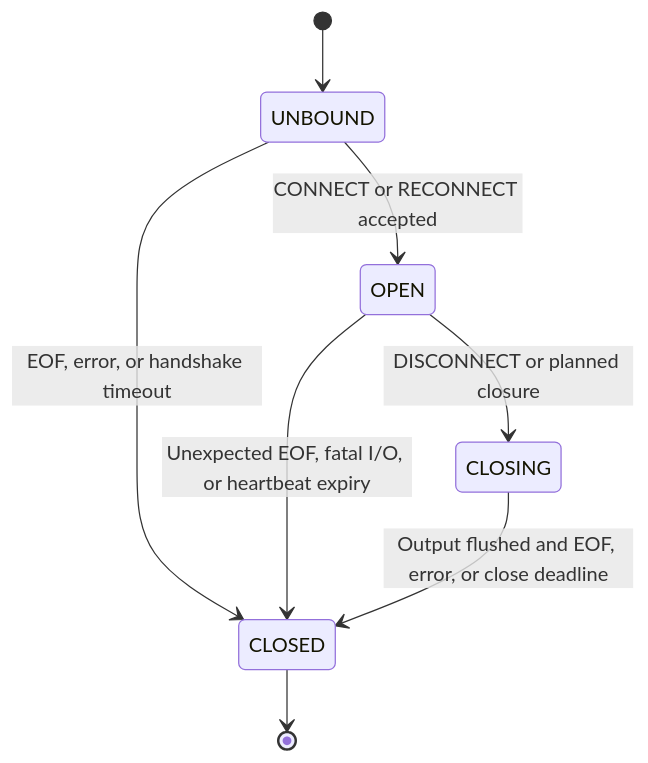
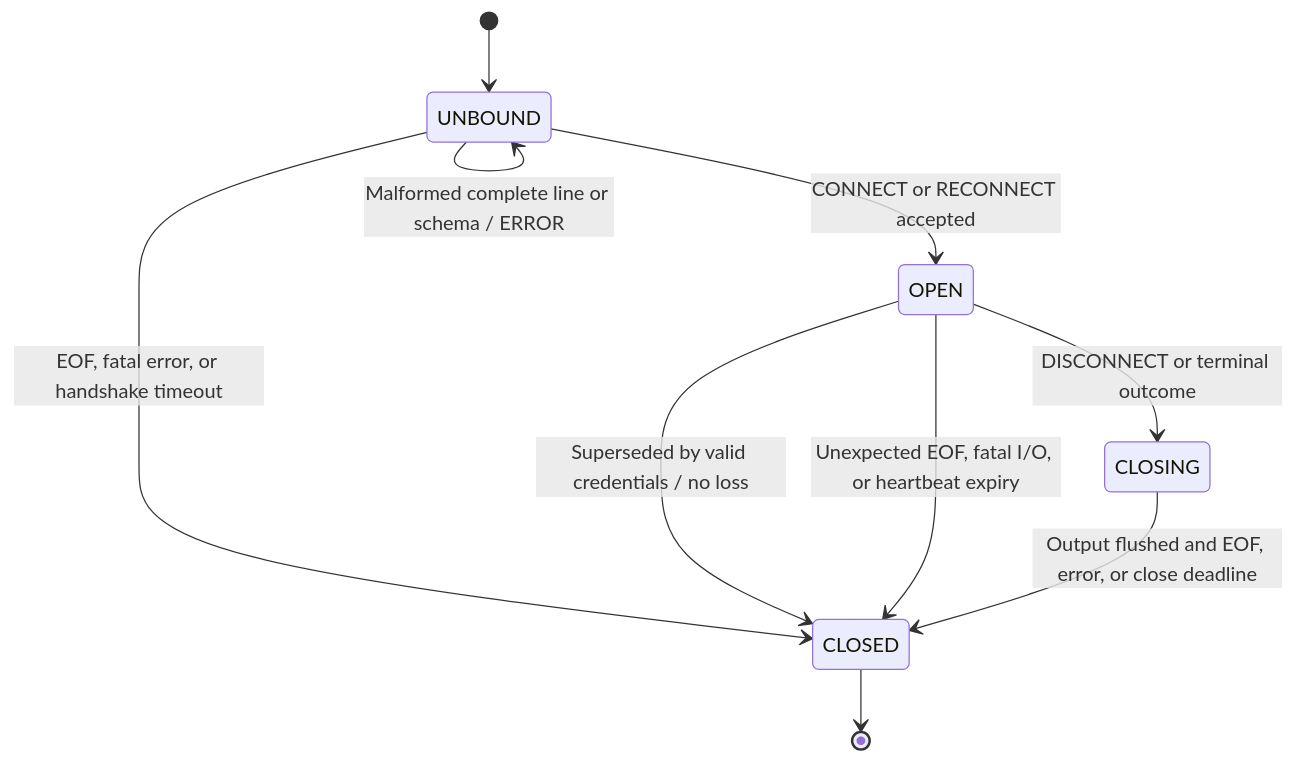
The fourth of 4 diagrams in fsm_specification.md (cobaltstag/Term-Project), drawn with Mermaid before and after one commit. The commit also changed other lines of this file and 3 other files, not shown here.

Commit message:
Align Sprint 1 diagrams, protocol decisions, and AI prompt documentation with rubric

````diff
--- a/fsm_specification.md
+++ b/fsm_specification.md
@@ -141,11 +175,13 @@
 ```mermaid
 stateDiagram-v2
     direction TB
     [*] --> UNBOUND
+    UNBOUND --> UNBOUND: Malformed complete line or schema / ERROR
     UNBOUND --> OPEN: CONNECT or RECONNECT accepted
-    UNBOUND --> CLOSED: EOF, error, or handshake timeout
-    OPEN --> CLOSING: DISCONNECT or planned closure
+    UNBOUND --> CLOSED: EOF, fatal error, or handshake timeout
+    OPEN --> CLOSING: DISCONNECT or terminal outcome
+    OPEN --> CLOSED: Superseded by valid credentials / no loss
     OPEN --> CLOSED: Unexpected EOF, fatal I/O, or heartbeat expiry
     CLOSING --> CLOSED: Output flushed and EOF, error, or close deadline
     CLOSED --> [*]
 ```
````
